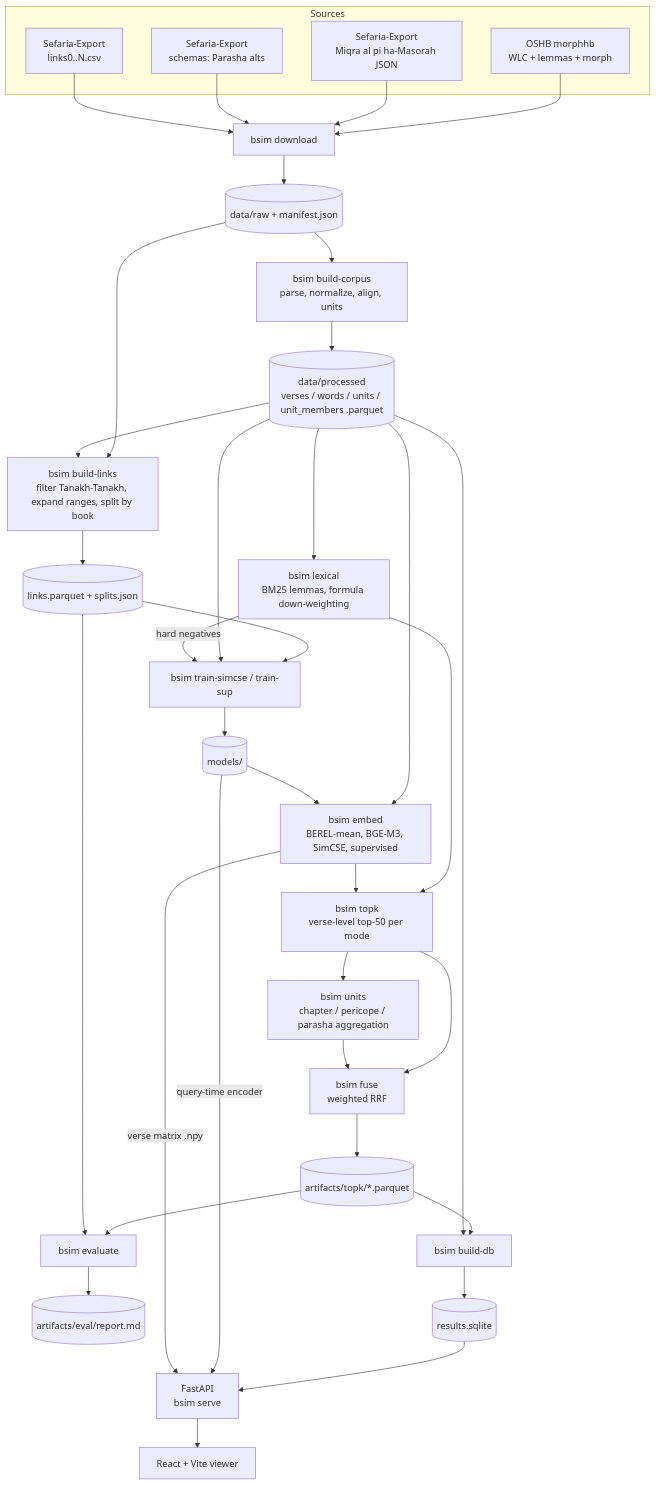
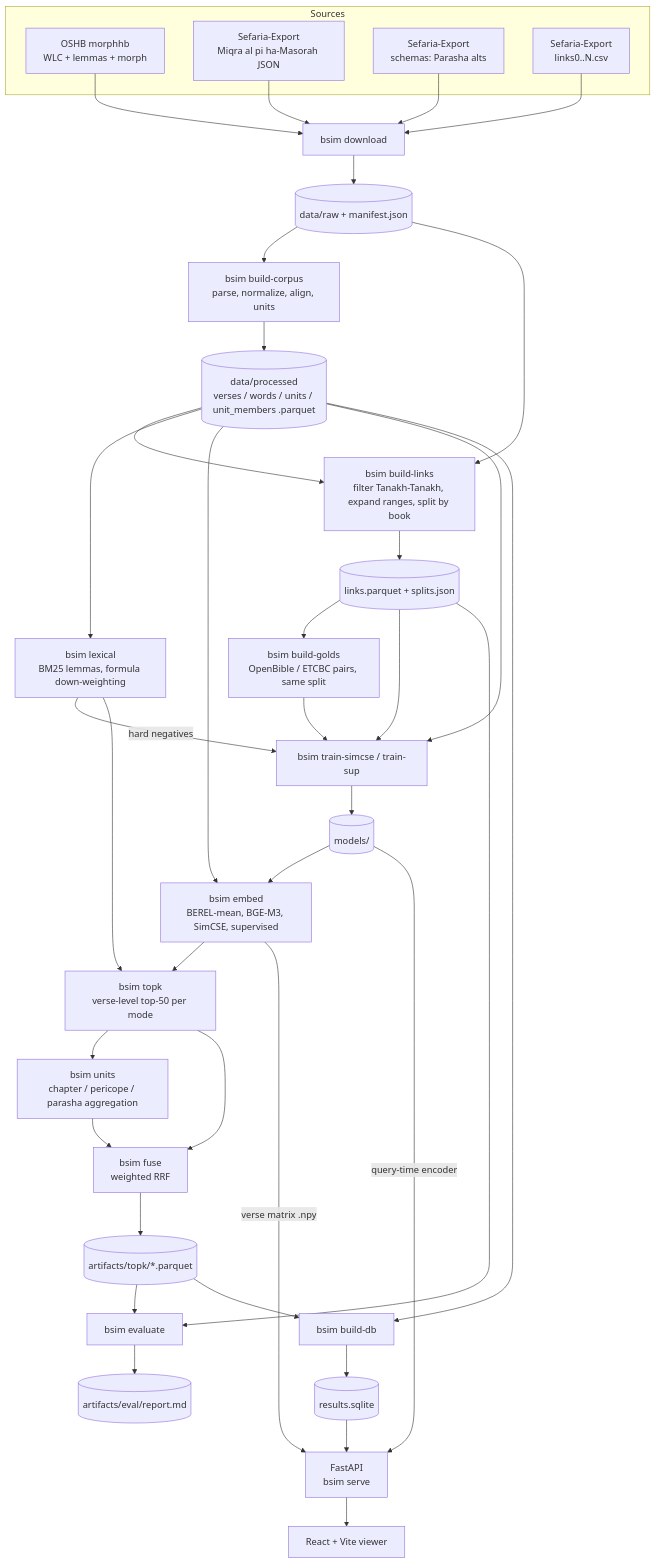
Before and after one commit to danielihazkel/bible-similarity: the diagram in docs/ARCHITECTURE.md, drawn with Mermaid. The commit also changed other lines of this file and 30 other files, not shown here.

First line of the commit message:
M64: more supervision for the encoder - OpenBible and ETCBC train pairs

````diff
--- a/docs/ARCHITECTURE.md
+++ b/docs/ARCHITECTURE.md
@@ -27,50 +27,52 @@
 ```mermaid
 flowchart TD
     subgraph Sources
         OSHB[OSHB morphhb<br/>WLC + lemmas + morph]
         MAM[Sefaria-Export<br/>Miqra al pi ha-Masorah JSON]
         SCH[Sefaria-Export<br/>schemas: Parasha alts]
         LNK[Sefaria-Export<br/>links0..N.csv]
     end
 
     OSHB --> DL[bsim download]
     MAM --> DL
     SCH --> DL
     LNK --> DL
     DL --> RAW[(data/raw + manifest.json)]
 
     RAW --> CORPUS[bsim build-corpus<br/>parse, normalize, align, units]
     CORPUS --> PROC[(data/processed<br/>verses / words / units / unit_members .parquet)]
 
     RAW --> LINKS[bsim build-links<br/>filter Tanakh-Tanakh, expand ranges, split by book]
     PROC --> LINKS
     LINKS --> GOLD[(links.parquet + splits.json)]
+    GOLD --> GOLDS[bsim build-golds<br/>OpenBible / ETCBC pairs, same split]
+    GOLDS --> TRAIN
 
     PROC --> LEX[bsim lexical<br/>BM25 lemmas, formula down-weighting]
     PROC --> EMB[bsim embed<br/>BEREL-mean, BGE-M3, SimCSE, supervised]
     GOLD --> TRAIN[bsim train-simcse / train-sup]
     PROC --> TRAIN
     LEX -->|hard negatives| TRAIN
     TRAIN --> MODELS[(models/)]
     MODELS --> EMB
 
     LEX --> TOPK[bsim topk<br/>verse-level top-50 per mode]
     EMB --> TOPK
     TOPK --> UNITS[bsim units<br/>chapter / pericope / parasha aggregation]
     TOPK --> FUSE[bsim fuse<br/>weighted RRF]
     UNITS --> FUSE
     FUSE --> ART[(artifacts/topk/*.parquet)]
 
     ART --> EVAL[bsim evaluate]
     GOLD --> EVAL
     EVAL --> REP[(artifacts/eval/report.md)]
 
     ART --> DB[bsim build-db]
     PROC --> DB
     DB --> SQL[(results.sqlite)]
 
     SQL --> API[FastAPI<br/>bsim serve]
     MODELS -->|query-time encoder| API
     EMB -->|verse matrix .npy| API
     API --> WEB[React + Vite viewer]
 ```
````
